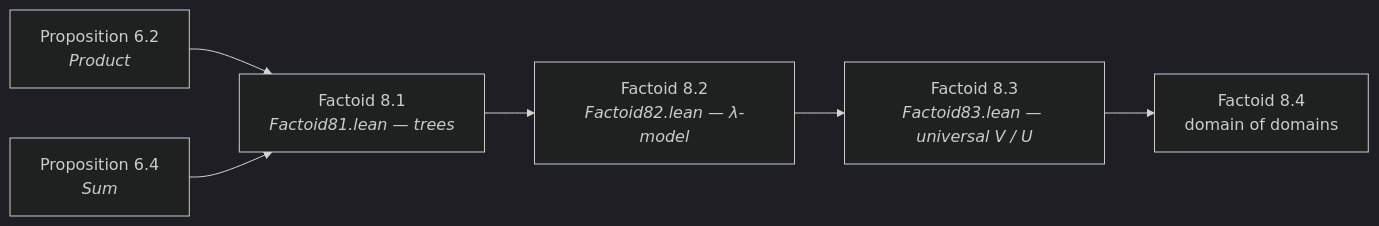
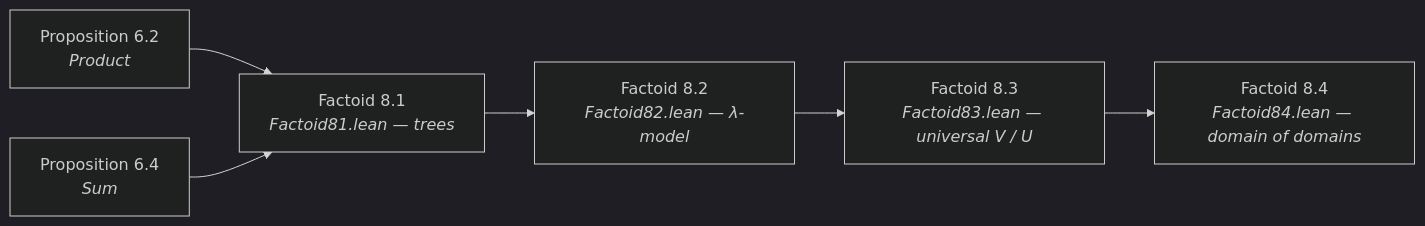
One commit to catskillsresearch/scott1982 changed the tenth of 10 diagrams in arxiv.md. Above: the diagram before and after it, drawn with Mermaid (dark theme). The commit also changed other lines of this file and 1 other file, not shown here.

First line of the commit message:
Complete Factoid 8.4: domain of domains via Scott (1)–(5) on P.

````diff
--- a/arxiv.md
+++ b/arxiv.md
@@ -644,12 +644,12 @@
 ```mermaid
 flowchart LR
   P62["Proposition 6.2<br/><i>Product</i>"]
   P64["Proposition 6.4<br/><i>Sum</i>"]
   F81["Factoid 8.1<br/><i>Factoid81.lean — trees</i>"]
   F82["Factoid 8.2<br/><i>Factoid82.lean — λ-model</i>"]
   F83["Factoid 8.3<br/><i>Factoid83.lean — universal V / U</i>"]
-  F84["Factoid 8.4<br/>domain of domains"]
+  F84["Factoid 8.4<br/><i>Factoid84.lean — domain of domains</i>"]
   P62 --> F81
   P64 --> F81
   F81 --> F82 --> F83 --> F84
 ```
````
